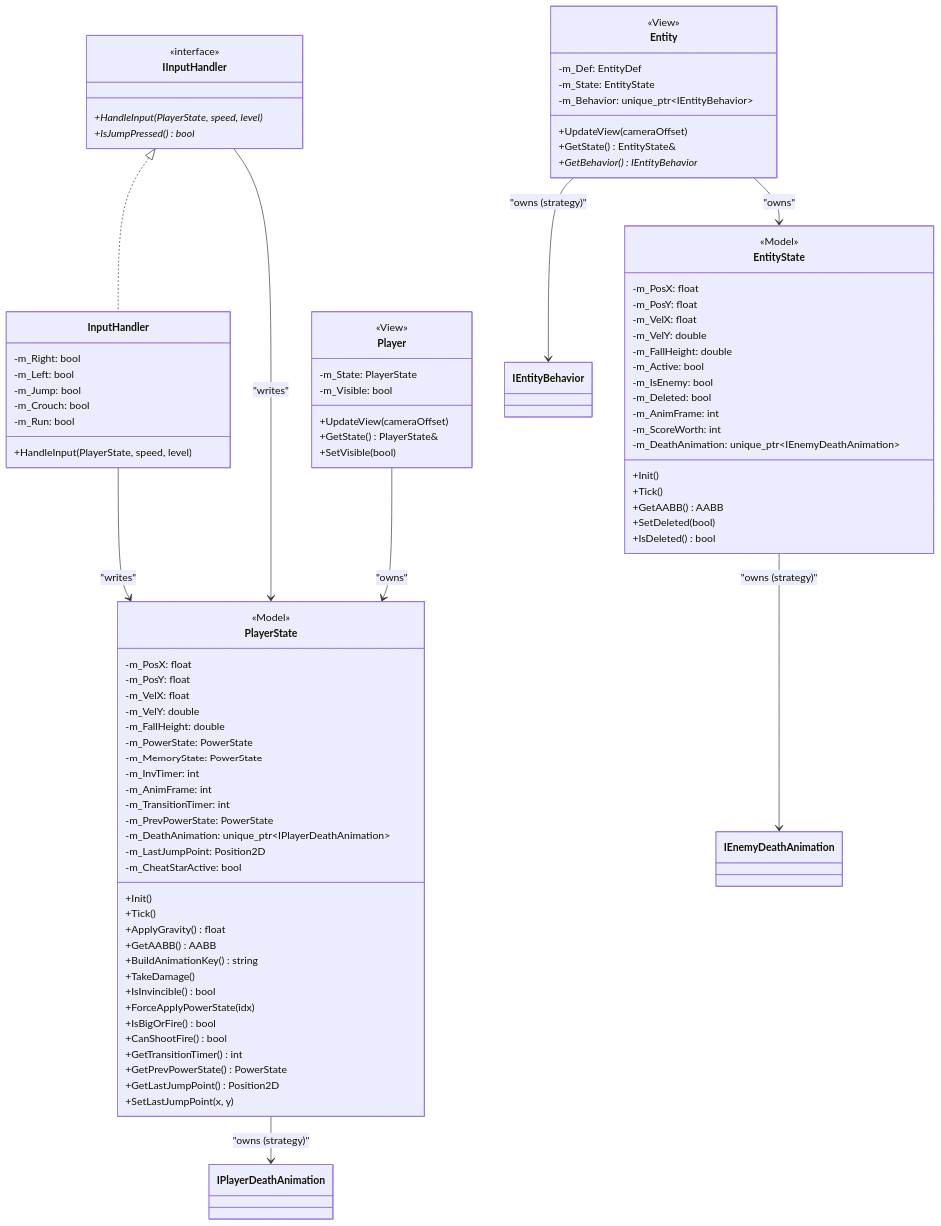
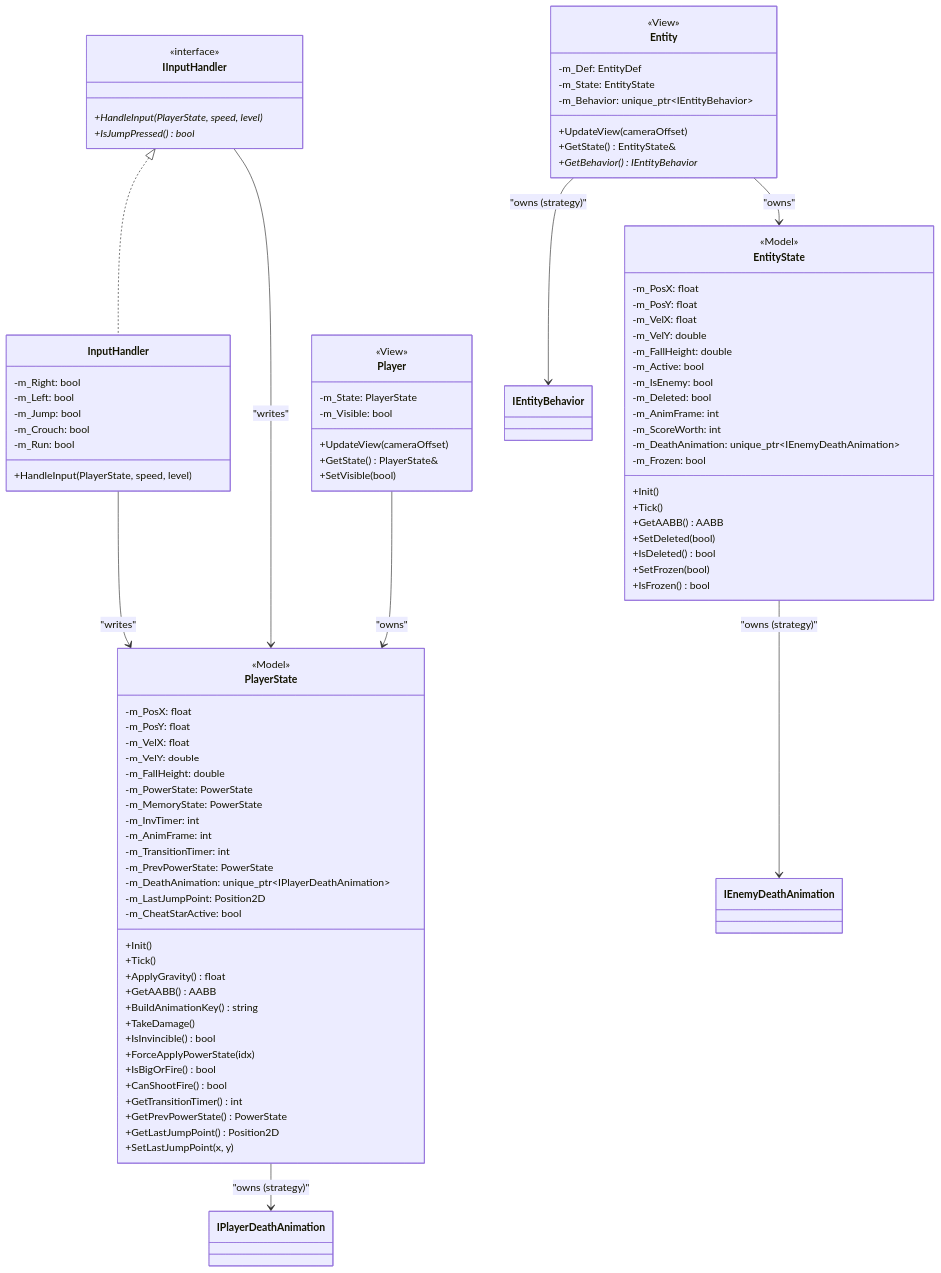
The ninth of 20 diagrams in Constructure.md (Andy87877/NTUT_OOPL_mario), drawn with Mermaid before and after one commit. The commit also changed other lines of this file and 38 other files, not shown here.

```diff
--- a/Constructure.md
+++ b/Constructure.md
@@ -709,11 +725,14 @@
         -m_AnimFrame: int
         -m_ScoreWorth: int
         -m_DeathAnimation: unique_ptr~IEnemyDeathAnimation~
+        -m_Frozen: bool
         +Init()
         +Tick()
         +GetAABB() AABB
         +SetDeleted(bool)
         +IsDeleted() bool
+        +SetFrozen(bool)
+        +IsFrozen() bool
     }
 
     class Entity {
```
